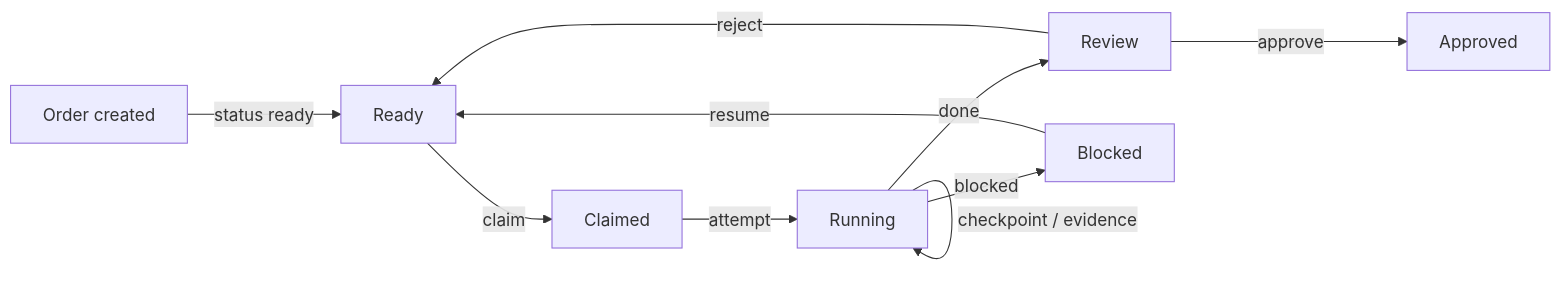
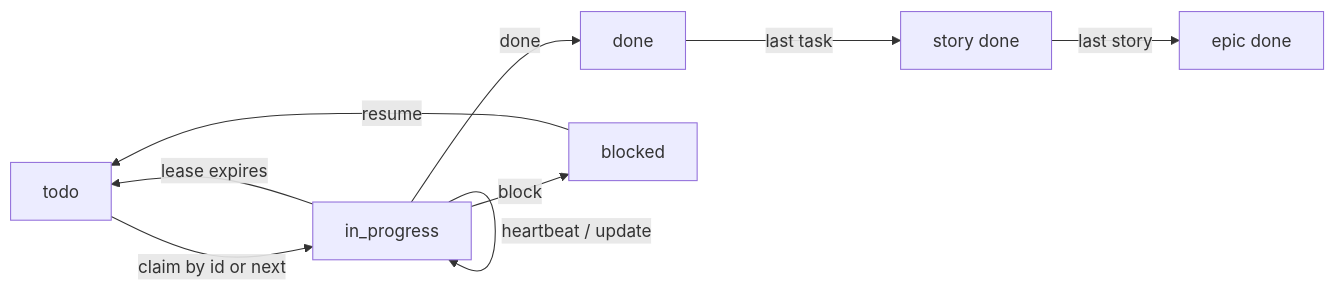
The diagram in README.md (igorjpimenta/winch), drawn with Mermaid before and after one commit. The commit also changed other lines of this file and 2 other files, not shown here.

Commit message:
docs: align lifecycle diagrams with the store model
The order/review/approve diagram described a lifecycle winch does not
implement. Replace it with the task/attempt/gate transitions the store
actually writes, keeping status names and upward closure accurate.

Also remove prefix-based routing examples from the plugin docs, correct
the epic review cadence to one per close marker rather than one per epic,
and update the not-found example to an opaque item id.

Tests: 213 passing.

````diff
--- a/README.md
+++ b/README.md
@@ -199,12 +199,11 @@
 ```mermaid
 flowchart LR
-  A[Order created] -->|status ready| B[Ready]
-  B -->|claim| C[Claimed]
-  C -->|attempt| D[Running]
-  D -->|checkpoint / evidence| D
-  D -->|done| E[Review]
-  D -->|blocked| F[Blocked]
-  E -->|approve| G[Approved]
-  E -->|reject| B
-  F -->|resume| B
+  A[todo] -->|claim by id or next| B[in_progress]
+  B -->|heartbeat / update| B
+  B -->|lease expires| A
+  B -->|done| C[done]
+  B -->|block| D[blocked]
+  D -->|resume| A
+  C -->|last task| E[story done]
+  E -->|last story| F[epic done]
 ```
````
